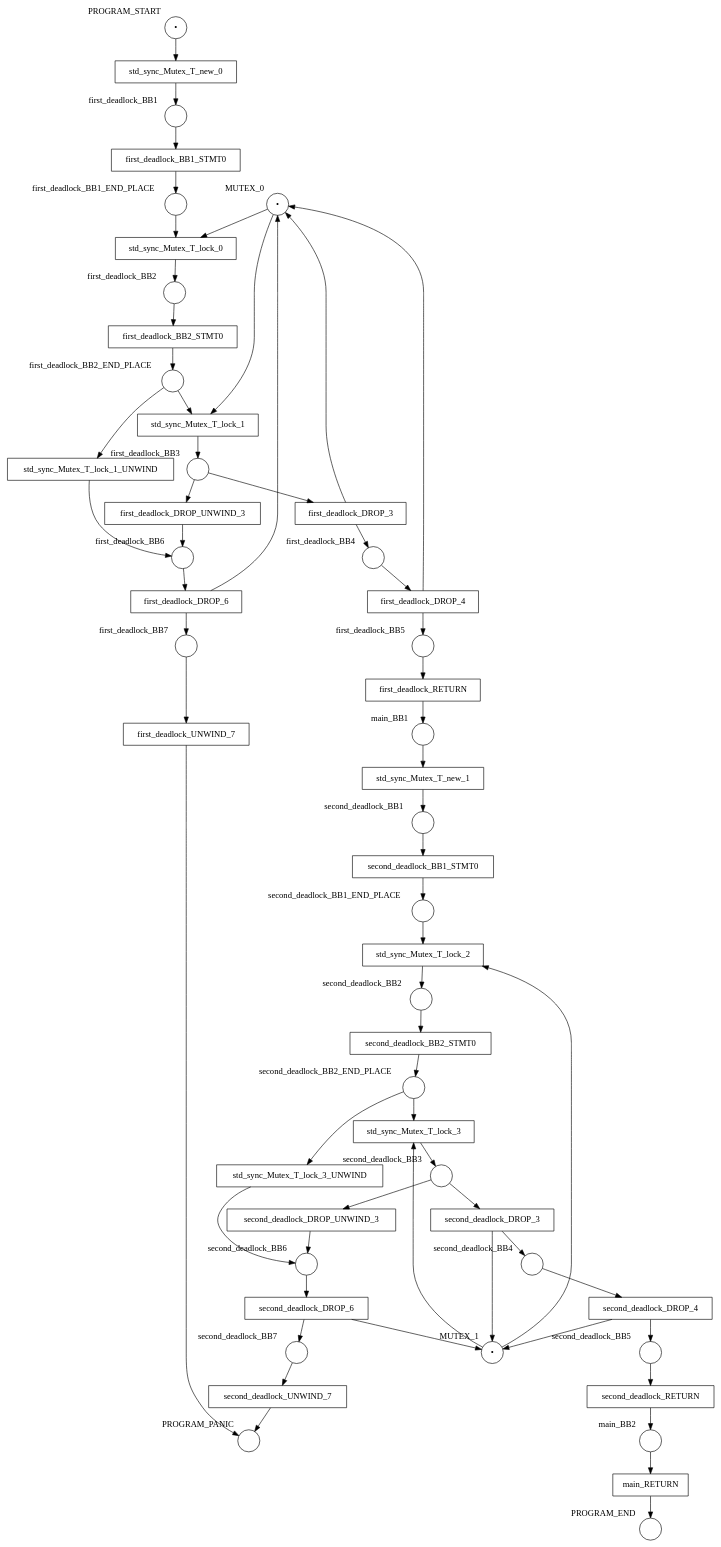
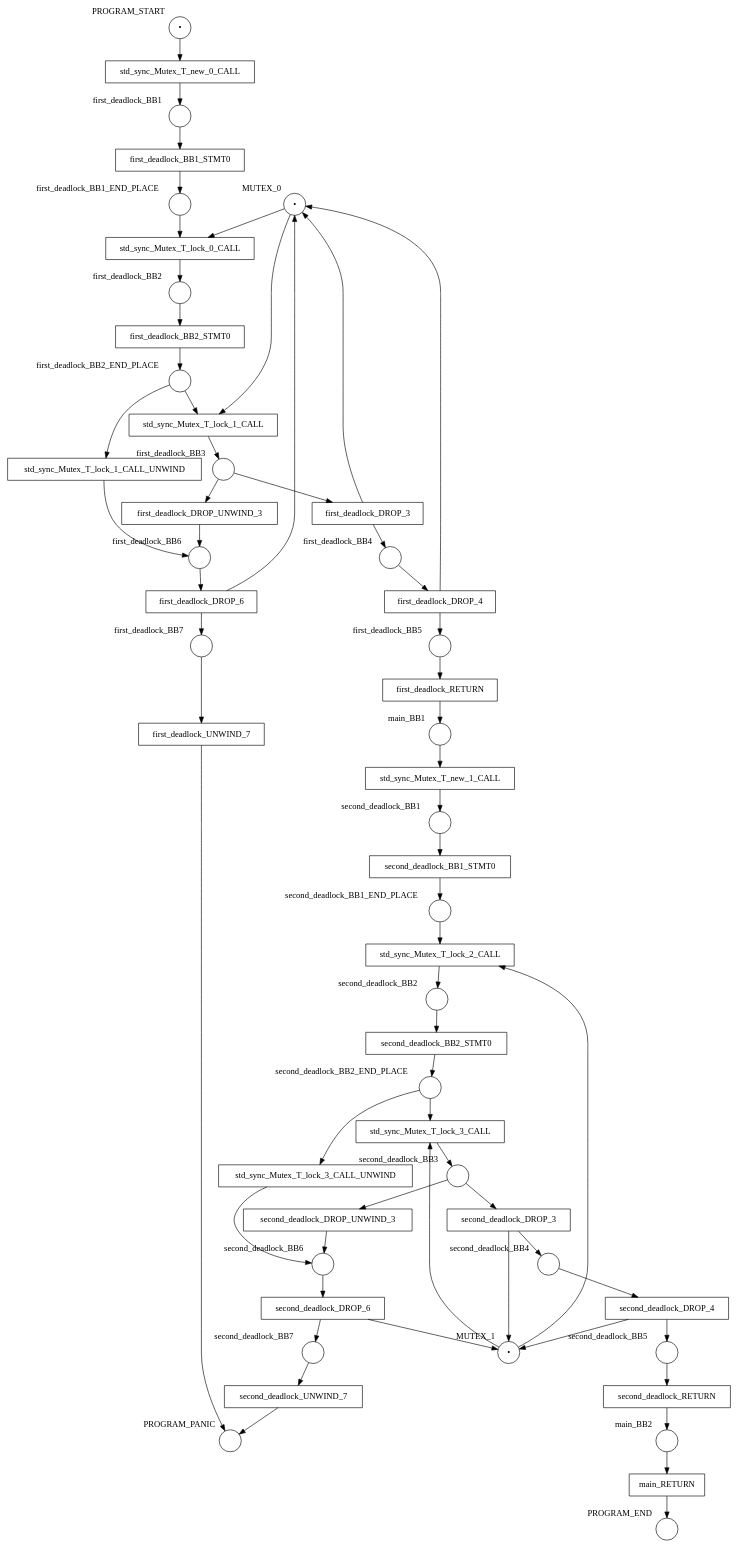
The diagram in examples/results/mutex/double_lock_deadlock_in_function/net.dot (hlisdero/cargo-check-deadlock), drawn with Graphviz before and after one commit. The commit also changed 30 other files, not shown here.

```diff
--- a/examples/results/mutex/double_lock_deadlock_in_function/net.dot
+++ b/examples/results/mutex/double_lock_deadlock_in_function/net.dot
@@ -1,112 +1,112 @@
 digraph petrinet {
     MUTEX_0 [shape="circle" xlabel="MUTEX_0" label="•"];
     MUTEX_1 [shape="circle" xlabel="MUTEX_1" label="•"];
     PROGRAM_END [shape="circle" xlabel="PROGRAM_END" label=""];
     PROGRAM_PANIC [shape="circle" xlabel="PROGRAM_PANIC" label=""];
     PROGRAM_START [shape="circle" xlabel="PROGRAM_START" label="•"];
     first_deadlock_BB1 [shape="circle" xlabel="first_deadlock_BB1" label=""];
     first_deadlock_BB1_END_PLACE [shape="circle" xlabel="first_deadlock_BB1_END_PLACE" label=""];
     first_deadlock_BB2 [shape="circle" xlabel="first_deadlock_BB2" label=""];
     first_deadlock_BB2_END_PLACE [shape="circle" xlabel="first_deadlock_BB2_END_PLACE" label=""];
     first_deadlock_BB3 [shape="circle" xlabel="first_deadlock_BB3" label=""];
     first_deadlock_BB4 [shape="circle" xlabel="first_deadlock_BB4" label=""];
     first_deadlock_BB5 [shape="circle" xlabel="first_deadlock_BB5" label=""];
     first_deadlock_BB6 [shape="circle" xlabel="first_deadlock_BB6" label=""];
     first_deadlock_BB7 [shape="circle" xlabel="first_deadlock_BB7" label=""];
     main_BB1 [shape="circle" xlabel="main_BB1" label=""];
     main_BB2 [shape="circle" xlabel="main_BB2" label=""];
     second_deadlock_BB1 [shape="circle" xlabel="second_deadlock_BB1" label=""];
     second_deadlock_BB1_END_PLACE [shape="circle" xlabel="second_deadlock_BB1_END_PLACE" label=""];
     second_deadlock_BB2 [shape="circle" xlabel="second_deadlock_BB2" label=""];
     second_deadlock_BB2_END_PLACE [shape="circle" xlabel="second_deadlock_BB2_END_PLACE" label=""];
     second_deadlock_BB3 [shape="circle" xlabel="second_deadlock_BB3" label=""];
     second_deadlock_BB4 [shape="circle" xlabel="second_deadlock_BB4" label=""];
     second_deadlock_BB5 [shape="circle" xlabel="second_deadlock_BB5" label=""];
     second_deadlock_BB6 [shape="circle" xlabel="second_deadlock_BB6" label=""];
     second_deadlock_BB7 [shape="circle" xlabel="second_deadlock_BB7" label=""];
     first_deadlock_BB1_STMT0 [shape="box" xlabel="" label="first_deadlock_BB1_STMT0"];
     first_deadlock_BB2_STMT0 [shape="box" xlabel="" label="first_deadlock_BB2_STMT0"];
     first_deadlock_DROP_3 [shape="box" xlabel="" label="first_deadlock_DROP_3"];
     first_deadlock_DROP_4 [shape="box" xlabel="" label="first_deadlock_DROP_4"];
     first_deadlock_DROP_6 [shape="box" xlabel="" label="first_deadlock_DROP_6"];
     first_deadlock_DROP_UNWIND_3 [shape="box" xlabel="" label="first_deadlock_DROP_UNWIND_3"];
     first_deadlock_RETURN [shape="box" xlabel="" label="first_deadlock_RETURN"];
     first_deadlock_UNWIND_7 [shape="box" xlabel="" label="first_deadlock_UNWIND_7"];
     main_RETURN [shape="box" xlabel="" label="main_RETURN"];
     second_deadlock_BB1_STMT0 [shape="box" xlabel="" label="second_deadlock_BB1_STMT0"];
     second_deadlock_BB2_STMT0 [shape="box" xlabel="" label="second_deadlock_BB2_STMT0"];
     second_deadlock_DROP_3 [shape="box" xlabel="" label="second_deadlock_DROP_3"];
     second_deadlock_DROP_4 [shape="box" xlabel="" label="second_deadlock_DROP_4"];
     second_deadlock_DROP_6 [shape="box" xlabel="" label="second_deadlock_DROP_6"];
     second_deadlock_DROP_UNWIND_3 [shape="box" xlabel="" label="second_deadlock_DROP_UNWIND_3"];
     second_deadlock_RETURN [shape="box" xlabel="" label="second_deadlock_RETURN"];
     second_deadlock_UNWIND_7 [shape="box" xlabel="" label="second_deadlock_UNWIND_7"];
-    std_sync_Mutex_T_lock_0 [shape="box" xlabel="" label="std_sync_Mutex_T_lock_0"];
-    std_sync_Mutex_T_lock_1 [shape="box" xlabel="" label="std_sync_Mutex_T_lock_1"];
-    std_sync_Mutex_T_lock_1_UNWIND [shape="box" xlabel="" label="std_sync_Mutex_T_lock_1_UNWIND"];
-    std_sync_Mutex_T_lock_2 [shape="box" xlabel="" label="std_sync_Mutex_T_lock_2"];
-    std_sync_Mutex_T_lock_3 [shape="box" xlabel="" label="std_sync_Mutex_T_lock_3"];
-    std_sync_Mutex_T_lock_3_UNWIND [shape="box" xlabel="" label="std_sync_Mutex_T_lock_3_UNWIND"];
-    std_sync_Mutex_T_new_0 [shape="box" xlabel="" label="std_sync_Mutex_T_new_0"];
-    std_sync_Mutex_T_new_1 [shape="box" xlabel="" label="std_sync_Mutex_T_new_1"];
-    MUTEX_0 -> std_sync_Mutex_T_lock_0;
-    MUTEX_0 -> std_sync_Mutex_T_lock_1;
-    MUTEX_1 -> std_sync_Mutex_T_lock_2;
-    MUTEX_1 -> std_sync_Mutex_T_lock_3;
-    PROGRAM_START -> std_sync_Mutex_T_new_0;
+    std_sync_Mutex_T_lock_0_CALL [shape="box" xlabel="" label="std_sync_Mutex_T_lock_0_CALL"];
+    std_sync_Mutex_T_lock_1_CALL [shape="box" xlabel="" label="std_sync_Mutex_T_lock_1_CALL"];
+    std_sync_Mutex_T_lock_1_CALL_UNWIND [shape="box" xlabel="" label="std_sync_Mutex_T_lock_1_CALL_UNWIND"];
+    std_sync_Mutex_T_lock_2_CALL [shape="box" xlabel="" label="std_sync_Mutex_T_lock_2_CALL"];
+    std_sync_Mutex_T_lock_3_CALL [shape="box" xlabel="" label="std_sync_Mutex_T_lock_3_CALL"];
+    std_sync_Mutex_T_lock_3_CALL_UNWIND [shape="box" xlabel="" label="std_sync_Mutex_T_lock_3_CALL_UNWIND"];
+    std_sync_Mutex_T_new_0_CALL [shape="box" xlabel="" label="std_sync_Mutex_T_new_0_CALL"];
+    std_sync_Mutex_T_new_1_CALL [shape="box" xlabel="" label="std_sync_Mutex_T_new_1_CALL"];
+    MUTEX_0 -> std_sync_Mutex_T_lock_0_CALL;
+    MUTEX_0 -> std_sync_Mutex_T_lock_1_CALL;
+    MUTEX_1 -> std_sync_Mutex_T_lock_2_CALL;
+    MUTEX_1 -> std_sync_Mutex_T_lock_3_CALL;
+    PROGRAM_START -> std_sync_Mutex_T_new_0_CALL;
     first_deadlock_BB1 -> first_deadlock_BB1_STMT0;
-    first_deadlock_BB1_END_PLACE -> std_sync_Mutex_T_lock_0;
+    first_deadlock_BB1_END_PLACE -> std_sync_Mutex_T_lock_0_CALL;
     first_deadlock_BB2 -> first_deadlock_BB2_STMT0;
-    first_deadlock_BB2_END_PLACE -> std_sync_Mutex_T_lock_1;
-    first_deadlock_BB2_END_PLACE -> std_sync_Mutex_T_lock_1_UNWIND;
+    first_deadlock_BB2_END_PLACE -> std_sync_Mutex_T_lock_1_CALL;
+    first_deadlock_BB2_END_PLACE -> std_sync_Mutex_T_lock_1_CALL_UNWIND;
     first_deadlock_BB3 -> first_deadlock_DROP_3;
     first_deadlock_BB3 -> first_deadlock_DROP_UNWIND_3;
     first_deadlock_BB4 -> first_deadlock_DROP_4;
     first_deadlock_BB5 -> first_deadlock_RETURN;
     first_deadlock_BB6 -> first_deadlock_DROP_6;
     first_deadlock_BB7 -> first_deadlock_UNWIND_7;
-    main_BB1 -> std_sync_Mutex_T_new_1;
+    main_BB1 -> std_sync_Mutex_T_new_1_CALL;
     main_BB2 -> main_RETURN;
     second_deadlock_BB1 -> second_deadlock_BB1_STMT0;
-    second_deadlock_BB1_END_PLACE -> std_sync_Mutex_T_lock_2;
+    second_deadlock_BB1_END_PLACE -> std_sync_Mutex_T_lock_2_CALL;
     second_deadlock_BB2 -> second_deadlock_BB2_STMT0;
-    second_deadlock_BB2_END_PLACE -> std_sync_Mutex_T_lock_3;
-    second_deadlock_BB2_END_PLACE -> std_sync_Mutex_T_lock_3_UNWIND;
+    second_deadlock_BB2_END_PLACE -> std_sync_Mutex_T_lock_3_CALL;
+    second_deadlock_BB2_END_PLACE -> std_sync_Mutex_T_lock_3_CALL_UNWIND;
     second_deadlock_BB3 -> second_deadlock_DROP_3;
     second_deadlock_BB3 -> second_deadlock_DROP_UNWIND_3;
     second_deadlock_BB4 -> second_deadlock_DROP_4;
     second_deadlock_BB5 -> second_deadlock_RETURN;
     second_deadlock_BB6 -> second_deadlock_DROP_6;
     second_deadlock_BB7 -> second_deadlock_UNWIND_7;
     first_deadlock_BB1_STMT0 -> first_deadlock_BB1_END_PLACE;
     first_deadlock_BB2_STMT0 -> first_deadlock_BB2_END_PLACE;
     first_deadlock_DROP_3 -> MUTEX_0;
     first_deadlock_DROP_3 -> first_deadlock_BB4;
     first_deadlock_DROP_4 -> MUTEX_0;
     first_deadlock_DROP_4 -> first_deadlock_BB5;
     first_deadlock_DROP_6 -> MUTEX_0;
     first_deadlock_DROP_6 -> first_deadlock_BB7;
     first_deadlock_DROP_UNWIND_3 -> first_deadlock_BB6;
     first_deadlock_RETURN -> main_BB1;
     first_deadlock_UNWIND_7 -> PROGRAM_PANIC;
     main_RETURN -> PROGRAM_END;
     second_deadlock_BB1_STMT0 -> second_deadlock_BB1_END_PLACE;
     second_deadlock_BB2_STMT0 -> second_deadlock_BB2_END_PLACE;
     second_deadlock_DROP_3 -> MUTEX_1;
     second_deadlock_DROP_3 -> second_deadlock_BB4;
     second_deadlock_DROP_4 -> MUTEX_1;
     second_deadlock_DROP_4 -> second_deadlock_BB5;
     second_deadlock_DROP_6 -> MUTEX_1;
     second_deadlock_DROP_6 -> second_deadlock_BB7;
     second_deadlock_DROP_UNWIND_3 -> second_deadlock_BB6;
     second_deadlock_RETURN -> main_BB2;
     second_deadlock_UNWIND_7 -> PROGRAM_PANIC;
-    std_sync_Mutex_T_lock_0 -> first_deadlock_BB2;
-    std_sync_Mutex_T_lock_1 -> first_deadlock_BB3;
-    std_sync_Mutex_T_lock_1_UNWIND -> first_deadlock_BB6;
-    std_sync_Mutex_T_lock_2 -> second_deadlock_BB2;
-    std_sync_Mutex_T_lock_3 -> second_deadlock_BB3;
-    std_sync_Mutex_T_lock_3_UNWIND -> second_deadlock_BB6;
-    std_sync_Mutex_T_new_0 -> first_deadlock_BB1;
-    std_sync_Mutex_T_new_1 -> second_deadlock_BB1;
+    std_sync_Mutex_T_lock_0_CALL -> first_deadlock_BB2;
+    std_sync_Mutex_T_lock_1_CALL -> first_deadlock_BB3;
+    std_sync_Mutex_T_lock_1_CALL_UNWIND -> first_deadlock_BB6;
+    std_sync_Mutex_T_lock_2_CALL -> second_deadlock_BB2;
+    std_sync_Mutex_T_lock_3_CALL -> second_deadlock_BB3;
+    std_sync_Mutex_T_lock_3_CALL_UNWIND -> second_deadlock_BB6;
+    std_sync_Mutex_T_new_0_CALL -> first_deadlock_BB1;
+    std_sync_Mutex_T_new_1_CALL -> second_deadlock_BB1;
 }
```
